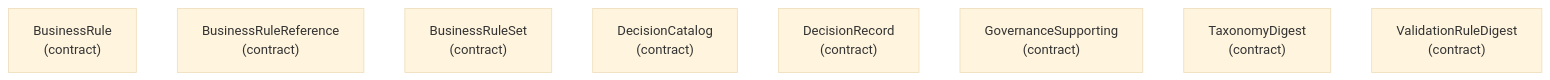
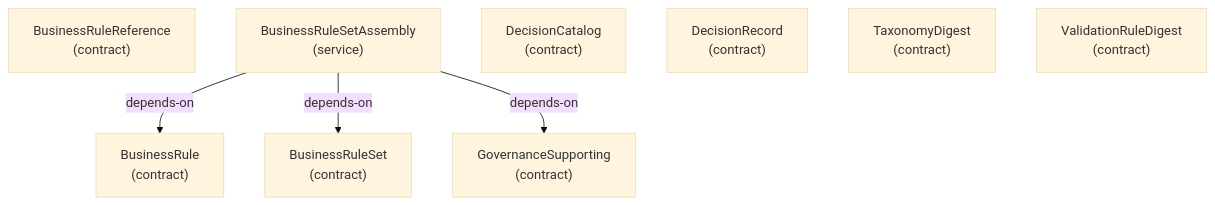
One commit to libar-dev/architect changed diagram 12 of 24 in docs-live/ARCHITECTURE.md. Above: the diagram before and after it, drawn with Mermaid (base theme). The commit also changed other lines of this file and 21 other files, not shown here.

First line of the commit message:
docs(live): regenerate docs-live from the reshaped graph

````diff
--- a/docs-live/ARCHITECTURE.md
+++ b/docs-live/ARCHITECTURE.md
@@ -215,11 +302,15 @@
 ```mermaid
 graph TD
   businessrule["BusinessRule<br/>(contract)"]
   businessrulereference["BusinessRuleReference<br/>(contract)"]
   businessruleset["BusinessRuleSet<br/>(contract)"]
+  businessrulesetassembly["BusinessRuleSetAssembly<br/>(service)"]
   decisioncatalog["DecisionCatalog<br/>(contract)"]
   decisionrecord["DecisionRecord<br/>(contract)"]
   governancesupporting["GovernanceSupporting<br/>(contract)"]
   taxonomydigest["TaxonomyDigest<br/>(contract)"]
   validationruledigest["ValidationRuleDigest<br/>(contract)"]
+  businessrulesetassembly -->|depends-on| businessrule
+  businessrulesetassembly -->|depends-on| businessruleset
+  businessrulesetassembly -->|depends-on| governancesupporting
 ```
````
